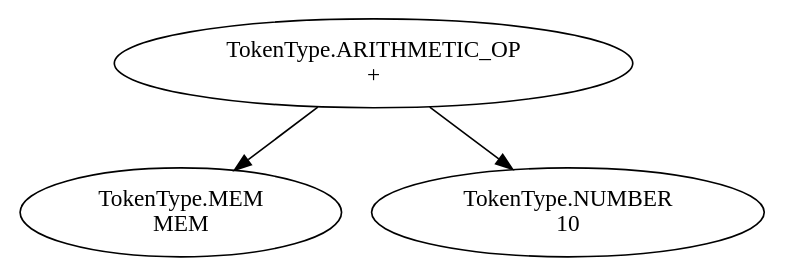
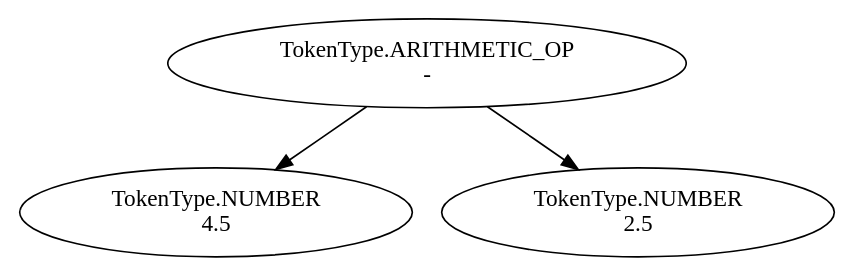
The diagram in Output/Dot/ast_linha1.dot (AitorLucas/compiladores-projeto), drawn with Graphviz before and after one commit. The commit also changed 47 other files, not shown here.

```diff
--- a/Output/Dot/ast_linha1.dot
+++ b/Output/Dot/ast_linha1.dot
@@ -1,7 +1,7 @@
 digraph AST {
-  node0 [label="TokenType.ARITHMETIC_OP\n+"];
-  node1 [label="TokenType.MEM\nMEM"];
+  node0 [label="TokenType.ARITHMETIC_OP\n-"];
+  node1 [label="TokenType.NUMBER\n4.5"];
   node0 -> node1;
-  node2 [label="TokenType.NUMBER\n10"];
+  node2 [label="TokenType.NUMBER\n2.5"];
   node0 -> node2;
 }
```
